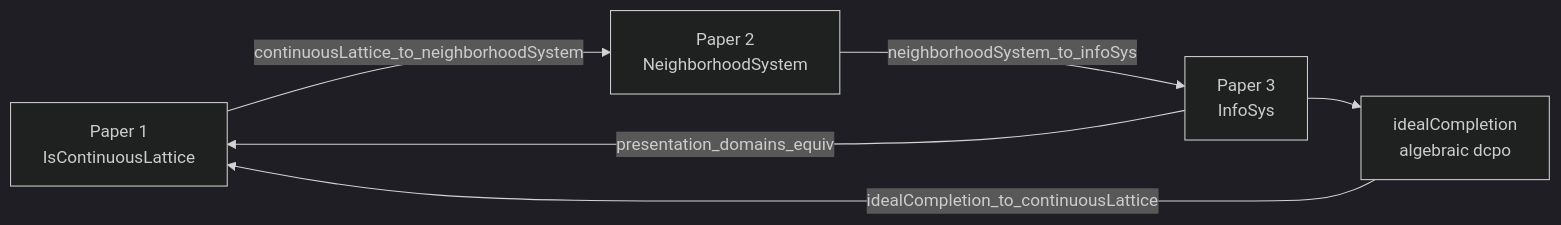
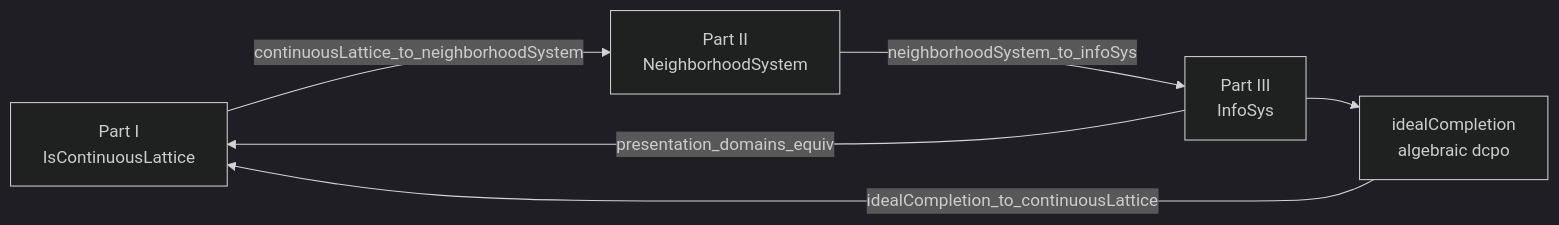
One commit to catskillsresearch/domain_theory changed the eighth of 8 diagrams in arxiv.md. Above: the diagram before and after it, drawn with Mermaid (dark theme). The commit also changed other lines of this file and 1 other file, not shown here.

First line of the commit message:
docs: monograph framing, AI acks, and top-down dependency diagrams

````diff
--- a/arxiv.md
+++ b/arxiv.md
@@ -446,13 +454,13 @@
 ```mermaid
 flowchart LR
-  CL["Paper 1<br/>IsContinuousLattice"]
-  NB["Paper 2<br/>NeighborhoodSystem"]
-  INF["Paper 3<br/>InfoSys"]
+  CL["Part I<br/>IsContinuousLattice"]
+  NB["Part II<br/>NeighborhoodSystem"]
+  INF["Part III<br/>InfoSys"]
   ALG["idealCompletion<br/>algebraic dcpo"]
 
   CL -->|"continuousLattice_to_neighborhoodSystem"| NB
   NB -->|"neighborhoodSystem_to_infoSys"| INF
   INF --> ALG
   ALG -->|"idealCompletion_to_continuousLattice"| CL
   INF -->|"presentation_domains_equiv"| CL
 ```
````
